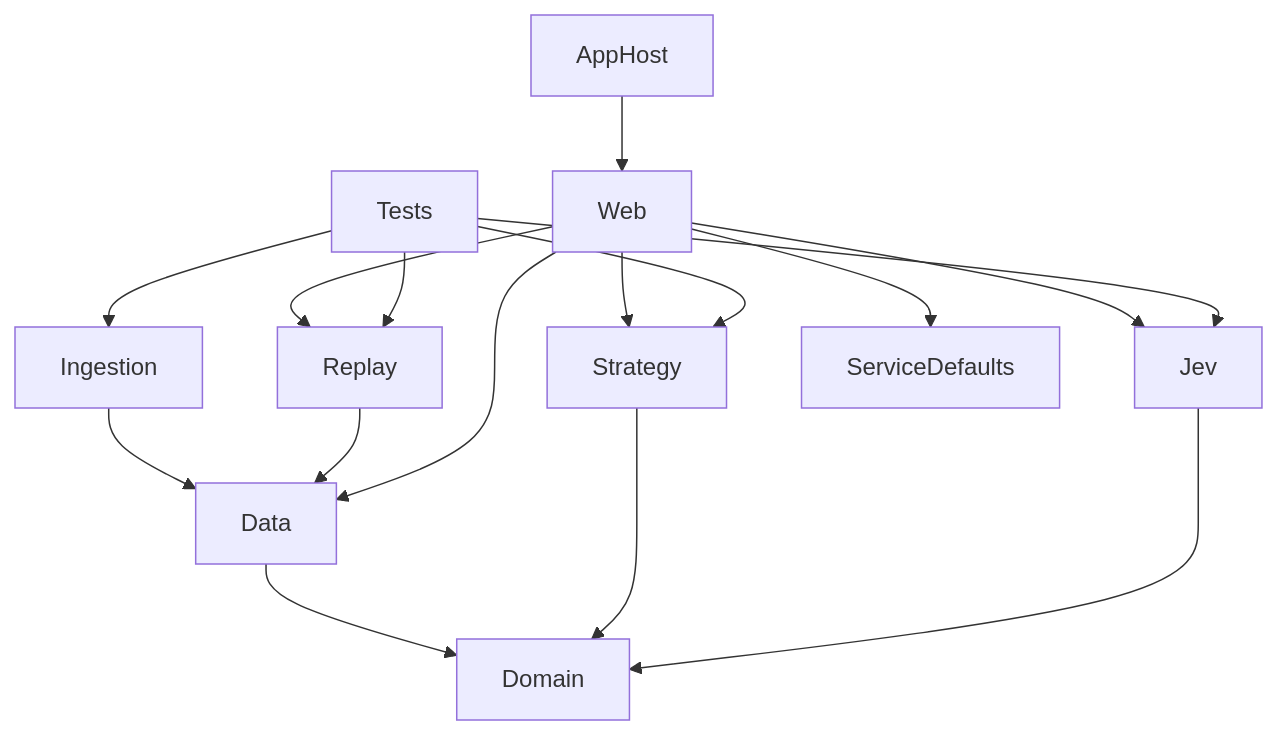
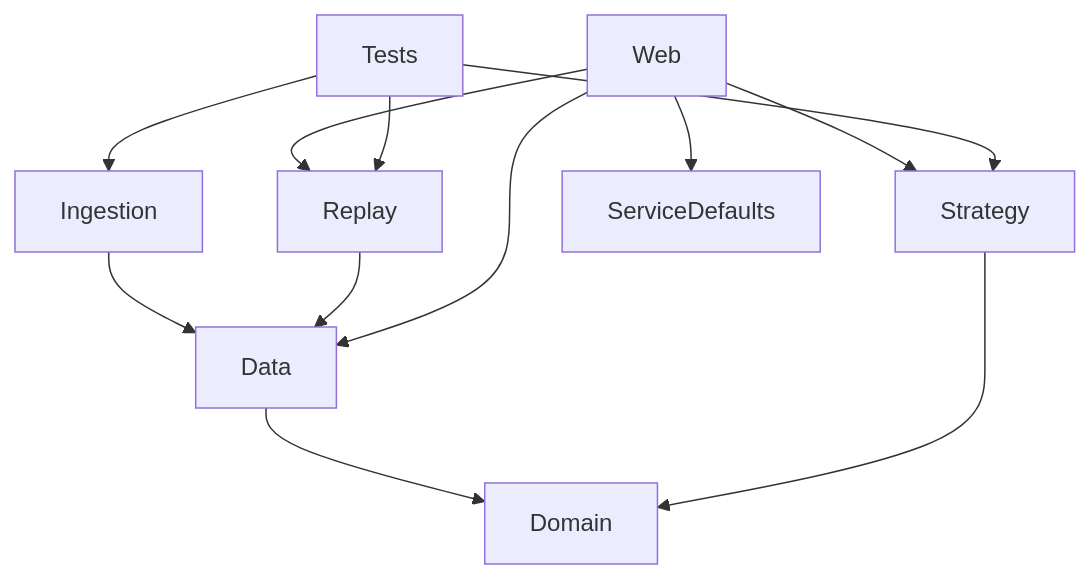
One commit to santvallejos/.NET-conf-2026---F1 changed the second of 2 diagrams in docs/architecture.md. Above: the diagram before and after it, drawn with Mermaid. The commit also changed other lines of this file and 292 other files, not shown here.

````diff
--- a/docs/architecture.md
+++ b/docs/architecture.md
@@ -49,19 +39,15 @@
 ```mermaid
 flowchart TD
     Domain
     Data --> Domain
     Ingestion --> Data
     Replay --> Data
     Strategy --> Domain
-    Jev --> Domain
     Web --> Data
     Web --> Replay
     Web --> Strategy
-    Web --> Jev
     Web --> ServiceDefaults
-    AppHost --> Web
     Tests --> Strategy
-    Tests --> Jev
     Tests --> Ingestion
     Tests --> Replay
 ```
````
